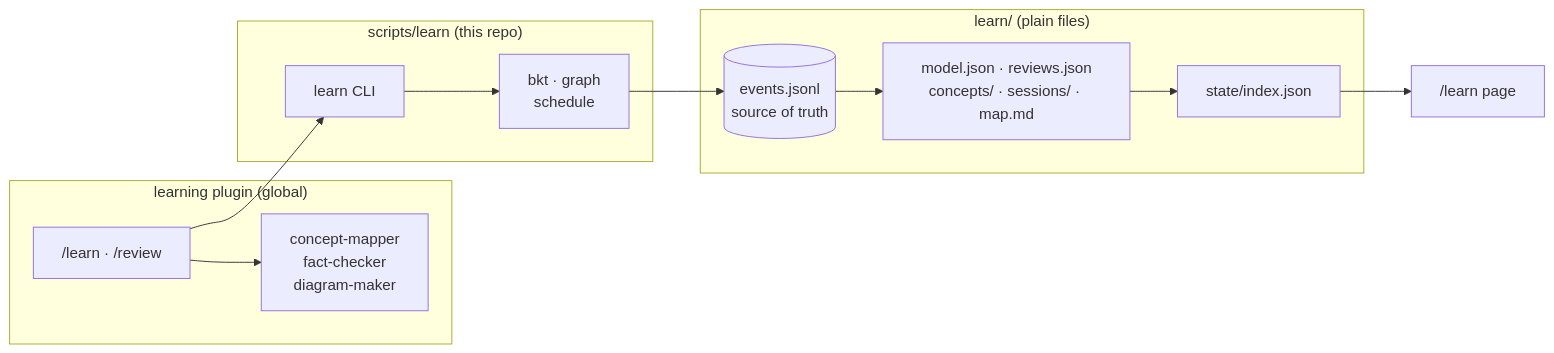
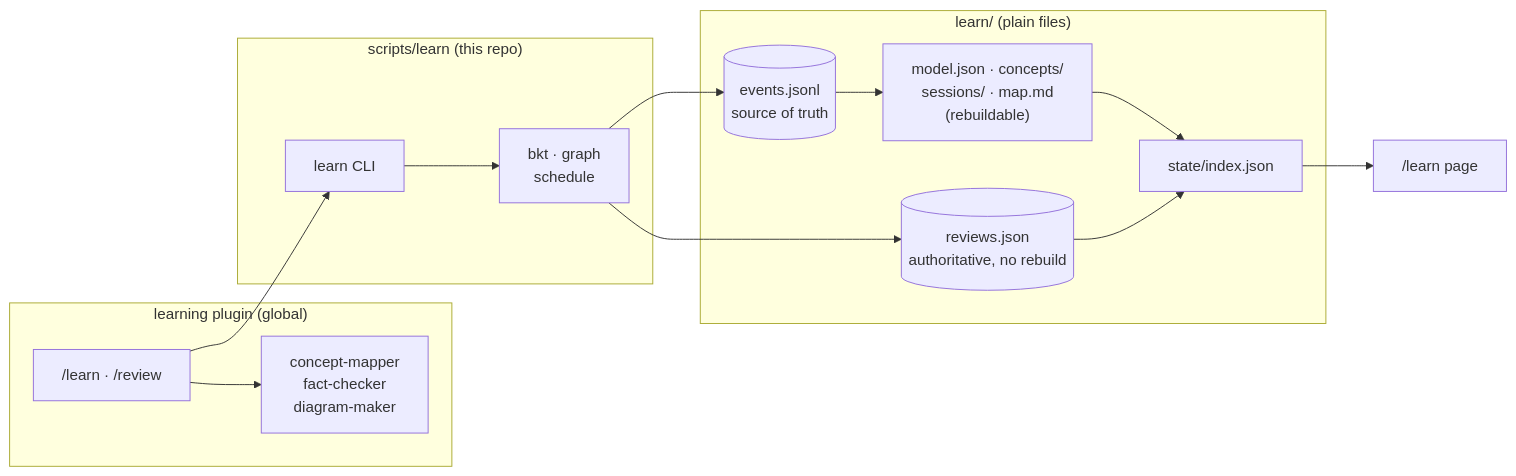
The diagram in README.md (c-wenlong/gnosia-learn), drawn with Mermaid before and after one commit. The commit also changed other lines of this file and 1 other file, not shown here.

Commit message:
Pin codecov-action to a SHA; stop the README contradicting itself on reviews.json
Two review findings, both valid.

codecov-action is the one third-party action in the job and it receives
a repository secret, so a mutable tag is the wrong pin: whoever controls
that repo could repoint v7 at code that reads the token. Pinned to the
commit v7.0.0 resolves to, with the version in a trailing comment so
Dependabot keeps it current. The first-party actions stay on tags; they
see no secret.

The README pipeline section said everything but events.jsonl can be
rebuilt, while its own Configuration table said reviews.json has no
rebuild path. The diagram drew reviews.json as derived from events too.
Now the text names the exception and the diagram gives reviews.json its
own node written by the scheduler, not by the event log.

````diff
--- a/README.md
+++ b/README.md
@@ -111,24 +111,27 @@
 ```mermaid
 flowchart LR
     subgraph PLUGIN["learning plugin (global)"]
         SK["/learn · /review"]
         AG["concept-mapper<br/>fact-checker<br/>diagram-maker"]
     end
     subgraph CODE["scripts/learn (this repo)"]
         C["learn CLI"]
         LIB["bkt · graph<br/>schedule"]
     end
     subgraph KB["learn/ (plain files)"]
         EV[("events.jsonl<br/>source of truth")]
-        DER["model.json · reviews.json<br/>concepts/ · sessions/ · map.md"]
+        DER["model.json · concepts/<br/>sessions/ · map.md<br/>(rebuildable)"]
+        REV[("reviews.json<br/>authoritative, no rebuild")]
         IDX["state/index.json"]
     end
     WEB["/learn page"]
     SK --> AG
     SK --> C
     C --> LIB
     LIB --> EV
+    LIB --> REV
     EV --> DER
     DER --> IDX
+    REV --> IDX
     IDX --> WEB
 ```
````
